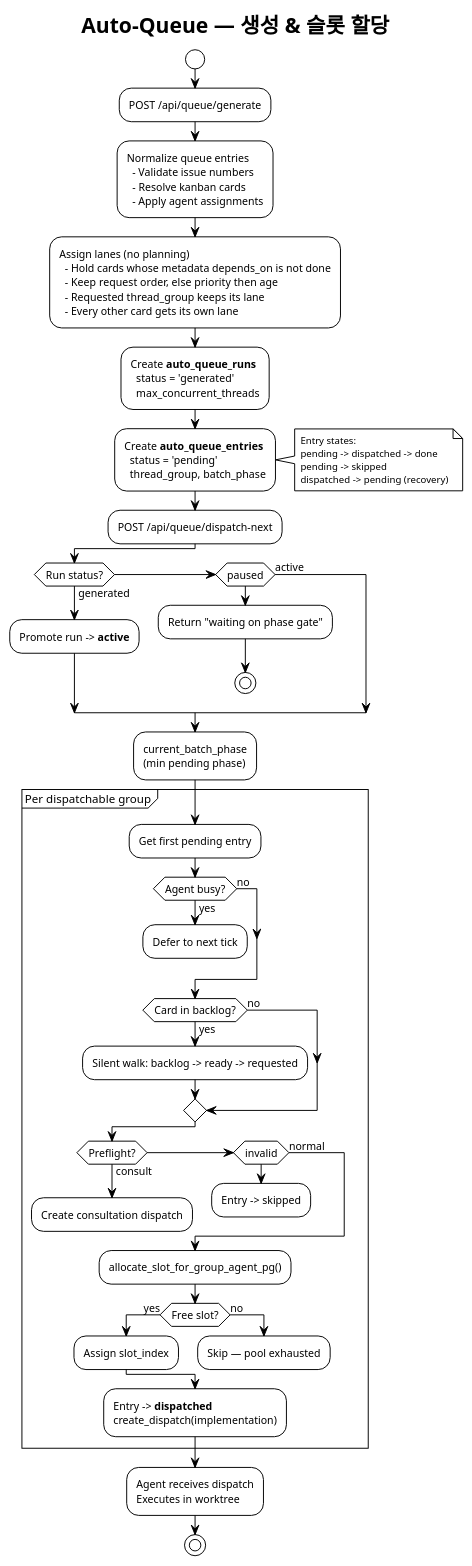
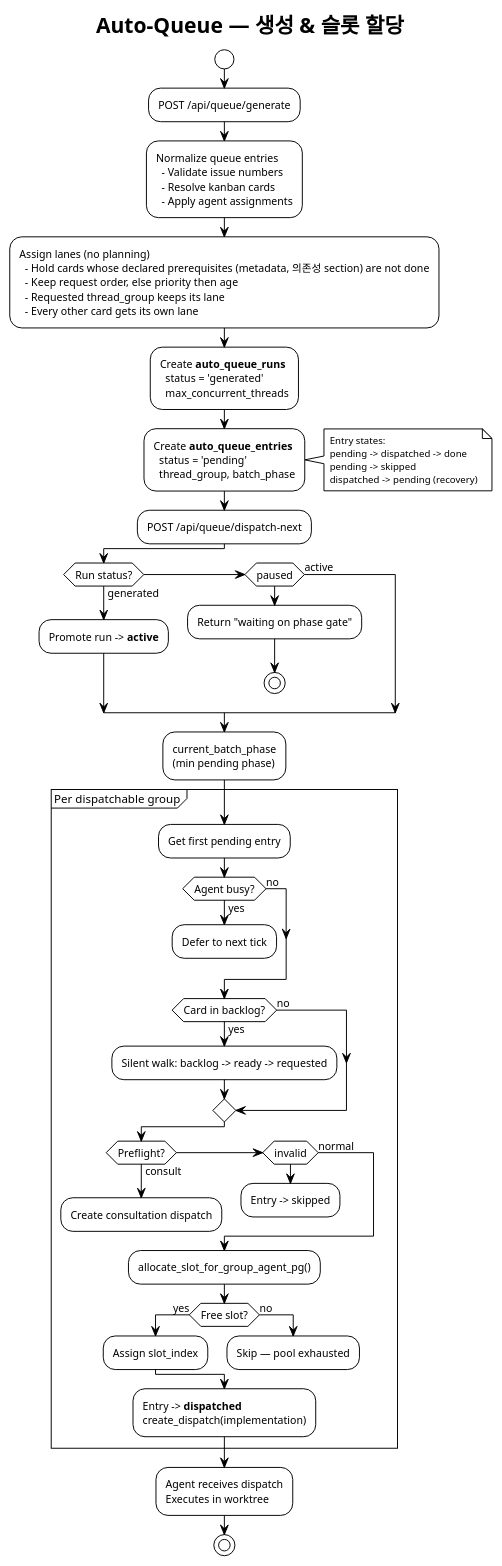
The diagram in docs/diagrams/03a-auto-queue-creation.md (itismyfield/AgentDesk), drawn with PlantUML before and after one commit. The commit also changed 10 other files, not shown here.

First line of the commit message:
fix(auto-queue): hold cards on the prerequisites listed in their issue's dependency section

```diff
--- a/docs/diagrams/03a-auto-queue-creation.md
+++ b/docs/diagrams/03a-auto-queue-creation.md
@@ -20,7 +20,7 @@
   - Apply agent assignments;
 
 :Assign lanes (no planning)
-  - Hold cards whose metadata depends_on is not done
+  - Hold cards whose declared prerequisites (metadata, 의존성 section) are not done
   - Keep request order, else priority then age
   - Requested thread_group keeps its lane
   - Every other card gets its own lane;
```
